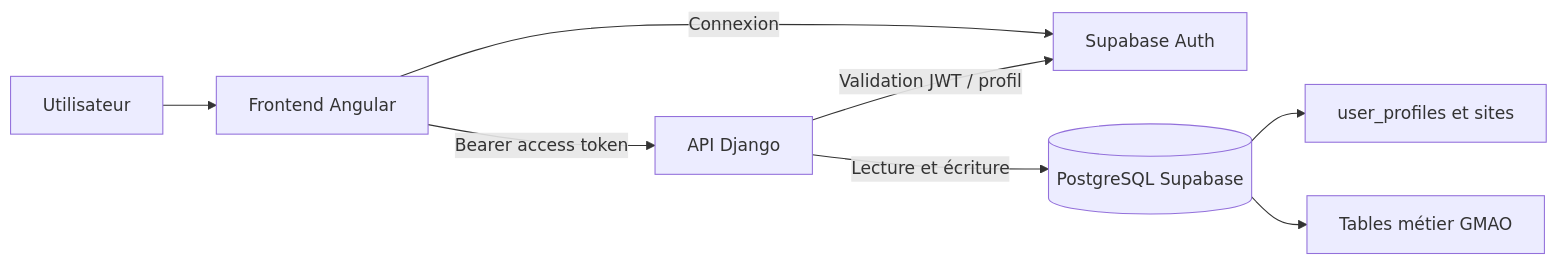
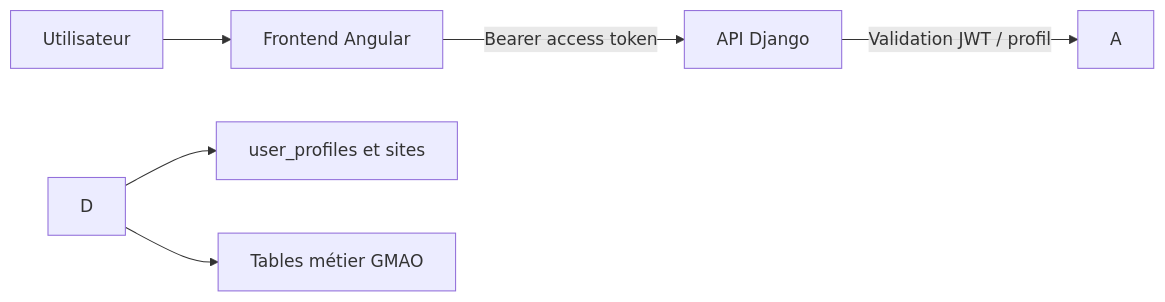
Before and after one commit to jeancykabengele-code/GMAO-: the diagram in README.md, drawn with Mermaid. The commit also changed other lines of this file and 20 other files, not shown here.

Commit message:
feat: retirer Supabase au profit de Django MySQL

````diff
--- a/README.md
+++ b/README.md
@@ -176,10 +174,10 @@
 ```mermaid
 flowchart LR
     U[Utilisateur] --> F[Frontend Angular]
-    F -->|Connexion| A[Supabase Auth]
+
     F -->|Bearer access token| B[API Django]
     B -->|Validation JWT / profil| A
-    B -->|Lecture et écriture| D[(PostgreSQL Supabase)]
+
     D --> P[user_profiles et sites]
     D --> M[Tables métier GMAO]
 ```
````
